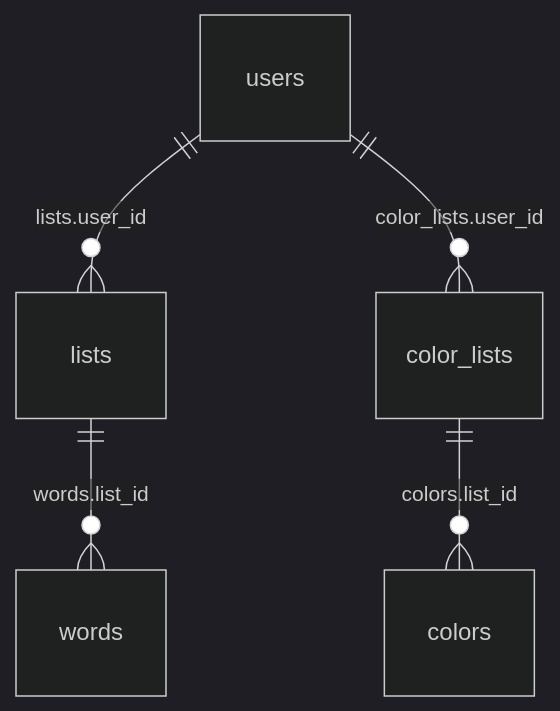
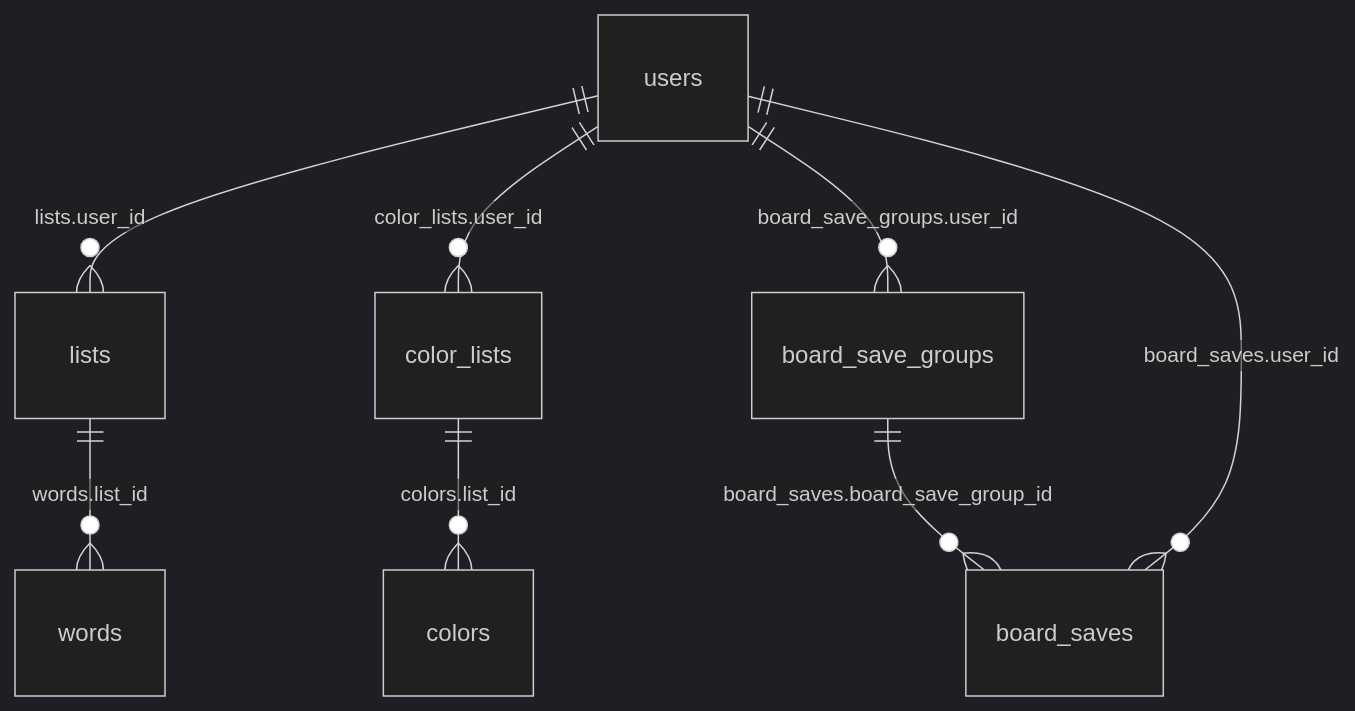
Before and after one commit to f4mqfm/cellauto_api: the diagram in docs/database-schema.md, drawn with Mermaid (dark theme). The commit also changed other lines of this file and 13 other files, not shown here.

````diff
--- a/docs/database-schema.md
+++ b/docs/database-schema.md
@@ -11,7 +11,10 @@
 ```mermaid
 erDiagram
     users ||--o{ lists : "lists.user_id"
     lists ||--o{ words : "words.list_id"
     users ||--o{ color_lists : "color_lists.user_id"
     color_lists ||--o{ colors : "colors.list_id"
+    users ||--o{ board_save_groups : "board_save_groups.user_id"
+    board_save_groups ||--o{ board_saves : "board_saves.board_save_group_id"
+    users ||--o{ board_saves : "board_saves.user_id"
 ```
````
